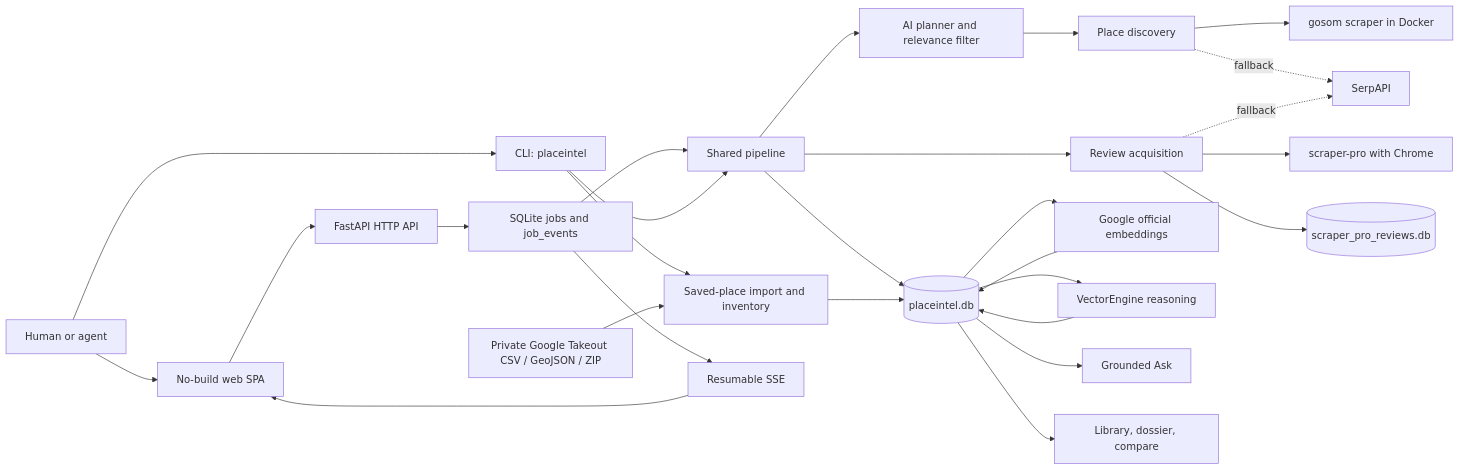
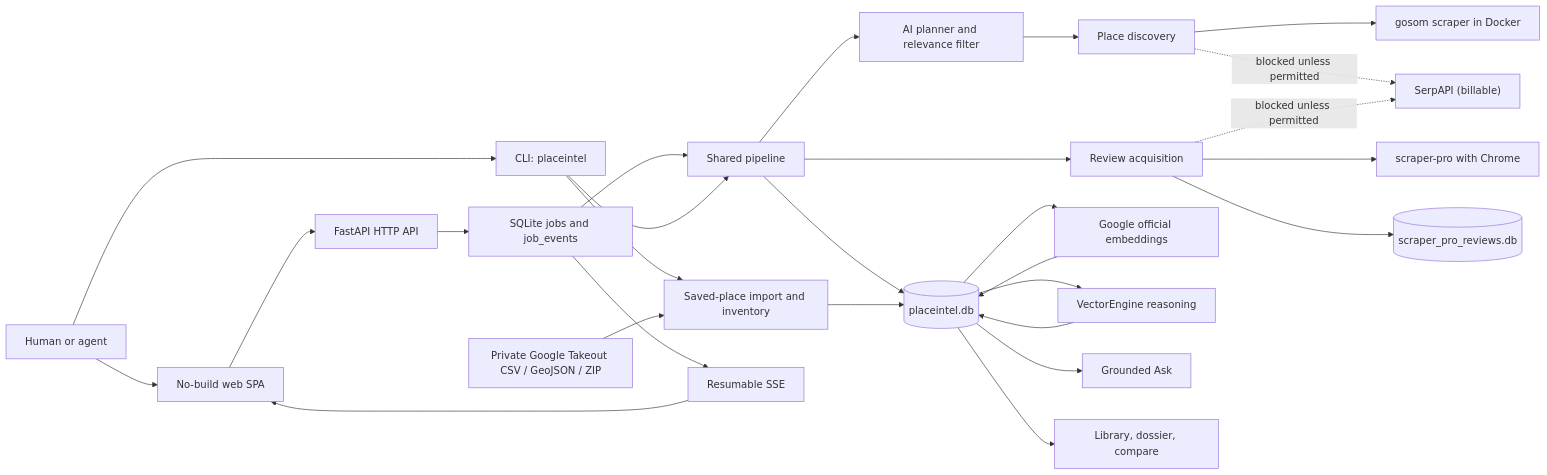
The diagram in docs/architecture.md (vecyang1/place-intel), drawn with Mermaid before and after one commit. The commit also changed other lines of this file, not shown here.

First line of the commit message:
docs: the architecture owner said the paid fallback was automatic

````diff
--- a/docs/architecture.md
+++ b/docs/architecture.md
@@ -30,33 +30,33 @@
 ```mermaid
 flowchart LR
     U["Human or agent"] --> CLI["CLI: placeintel"]
     U --> SPA["No-build web SPA"]
     SPA --> API["FastAPI HTTP API"]
     API --> JOBS["SQLite jobs and job_events"]
     JOBS --> PIPE["Shared pipeline"]
     CLI --> PIPE
     CLI --> SAVED["Saved-place import and inventory"]
     TAKEOUT["Private Google Takeout CSV / GeoJSON / ZIP"] --> SAVED
 
     PIPE --> PLAN["AI planner and relevance filter"]
     PLAN --> DISC["Place discovery"]
     DISC --> GOSOM["gosom scraper in Docker"]
-    DISC -. fallback .-> SERP["SerpAPI"]
+    DISC -. blocked unless permitted .-> SERP["SerpAPI (billable)"]
 
     PIPE --> REV["Review acquisition"]
     REV --> SCRAPER["scraper-pro with Chrome"]
-    REV -. fallback .-> SERP
+    REV -. blocked unless permitted .-> SERP
 
     PIPE --> DB[("placeintel.db")]
     SAVED --> DB
     REV --> VDB[("scraper_pro_reviews.db")]
     DB --> EMB["Google official embeddings"]
     DB --> REASON["VectorEngine reasoning"]
     EMB --> DB
     REASON --> DB
 
     DB --> ASK["Grounded Ask"]
     DB --> LIB["Library, dossier, compare"]
     JOBS --> SSE["Resumable SSE"]
     SSE --> SPA
 ```
````
